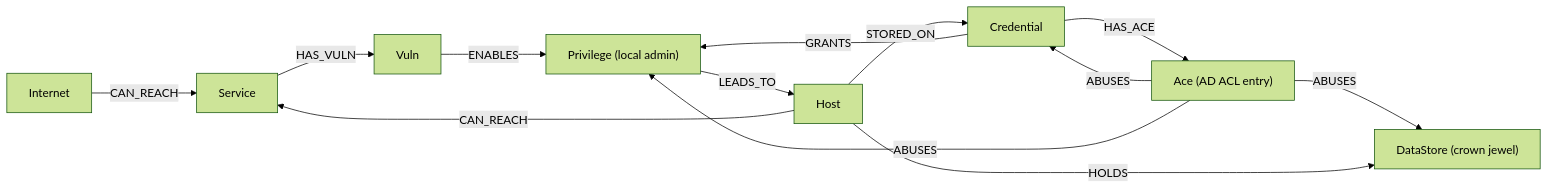
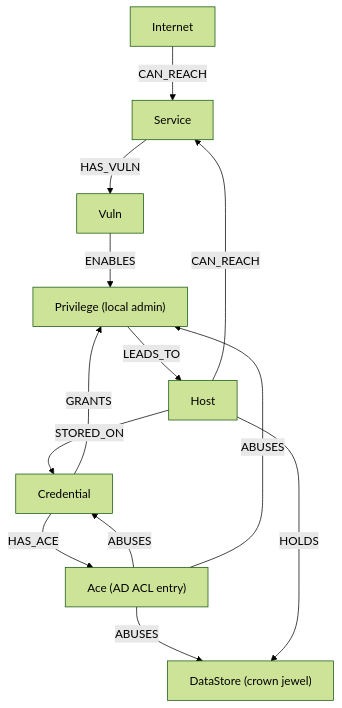
One commit to rakshit-737/linchpin changed the fourth of 4 diagrams in docs/architecture.md. Above: the diagram before and after it, drawn with Mermaid (forest theme). The commit also changed other lines of this file and 17 other files, not shown here.

````diff
--- a/docs/architecture.md
+++ b/docs/architecture.md
@@ -42,15 +70,15 @@
 ```mermaid
-flowchart LR
+flowchart TB
   INT["Internet"] -- "CAN_REACH" --> SVC["Service"]
   SVC -- "HAS_VULN" --> V["Vuln"]
   V -- "ENABLES" --> PR["Privilege (local admin)"]
   PR -- "LEADS_TO" --> H["Host"]
   H -- "CAN_REACH" --> SVC
   H -- "STORED_ON" --> CR["Credential"]
   CR -- "GRANTS" --> PR
   CR -- "HAS_ACE" --> ACE["Ace (AD ACL entry)"]
   ACE -- "ABUSES" --> CR
   ACE -- "ABUSES" --> PR
   ACE -- "ABUSES" --> DS["DataStore (crown jewel)"]
   H -- "HOLDS" --> DS
 ```
````
